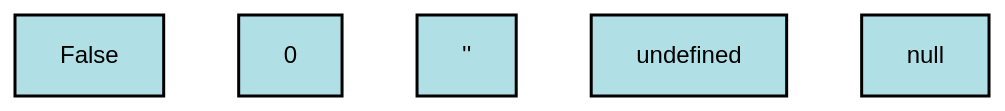
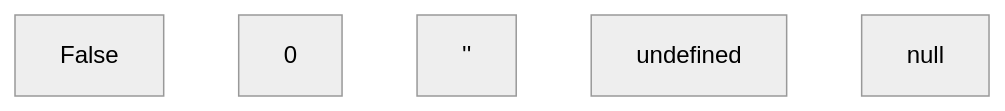
The seventh of 8 diagrams in notes/js.md (alex-monichev/hello-web), drawn with Mermaid (neutral theme) before and after one commit. The commit also changed other lines of this file, not shown here.

````diff
--- a/notes/js.md
+++ b/notes/js.md
@@ -761,13 +751,8 @@
 ```mermaid
 graph TD
     A[False]
     B[0]
     C['']
     D[undefined]
     E[null]
-    style A fill:#b0e0e6,stroke:#000000,stroke-width:2px
-    style B fill:#b0e0e6,stroke:#000000,stroke-width:2px
-    style C fill:#b0e0e6,stroke:#000000,stroke-width:2px
-    style D fill:#b0e0e6,stroke:#000000,stroke-width:2px
-    style E fill:#b0e0e6,stroke:#000000,stroke-width:2px
 ```
````
